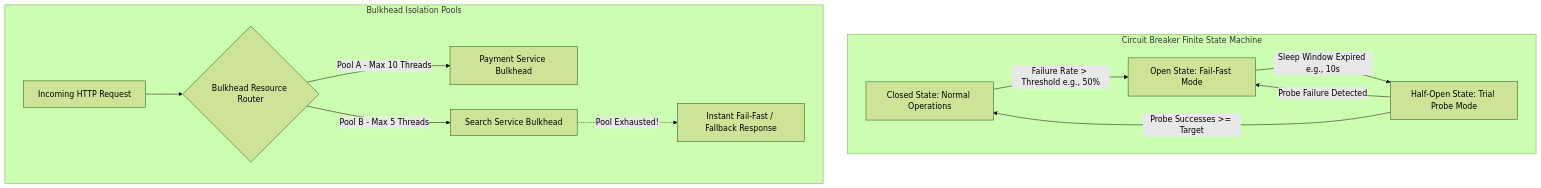
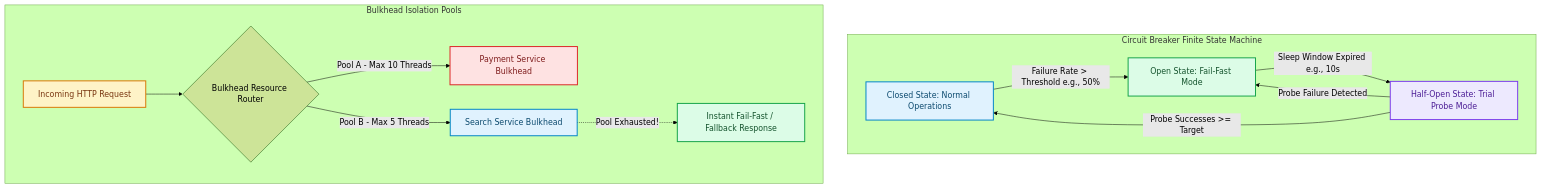
The diagram in blog/posts/resiliency-patterns-circuit-breakers-bulkheads-adaptive-rate-limiting.md (akmalkhaniub/akmalkhaniub.github.io), drawn with Mermaid (forest theme) before and after one commit. The commit also changed other lines of this file and 1291 other files, not shown here.

First line of the commit message:
feat(catalog): unique covers, scholarly references, and diagram palettes

````diff
--- a/blog/posts/resiliency-patterns-circuit-breakers-bulkheads-adaptive-rate-limiting.md
+++ b/blog/posts/resiliency-patterns-circuit-breakers-bulkheads-adaptive-rate-limiting.md
@@ -19,18 +19,29 @@
 ```mermaid
 flowchart TD
   subgraph SG1_CircuitBreakerFinite ["Circuit Breaker Finite State Machine"]
-    StateClosed[Closed State: Normal Operations] -->|Failure Rate > Threshold e.g., 50%| StateOpen[Open State: Fail-Fast Mode]
-    StateOpen -->|Sleep Window Expired e.g., 10s| StateHalfOpen[Half-Open State: Trial Probe Mode]
+    StateClosed["Closed State: Normal Operations"] -->|Failure Rate > Threshold e.g., 50%| StateOpen["Open State: Fail-Fast Mode"]
+    StateOpen -->|Sleep Window Expired e.g., 10s| StateHalfOpen["Half-Open State: Trial Probe Mode"]
     
     StateHalfOpen -->|Probe Successes >= Target| StateClosed
     StateHalfOpen -->|Probe Failure Detected| StateOpen
   end
   
   subgraph SG2_BulkheadIsolationPools ["Bulkhead Isolation Pools"]
-    ClientReq[Incoming HTTP Request] --> Router{Bulkhead Resource Router}
-    Router -->|Pool A - Max 10 Threads| PaymentPool[Payment Service Bulkhead]
-    Router -->|Pool B - Max 5 Threads| SearchPool[Search Service Bulkhead]
+    ClientReq["Incoming HTTP Request"] --> Router{Bulkhead Resource Router}
+    Router -->|Pool A - Max 10 Threads| PaymentPool["Payment Service Bulkhead"]
+    Router -->|Pool B - Max 5 Threads| SearchPool["Search Service Bulkhead"]
     
-    SearchPool -.->|Pool Exhausted!| Reject[Instant Fail-Fast / Fallback Response]
+    SearchPool -.->|Pool Exhausted!| Reject["Instant Fail-Fast / Fallback Response"]
   end
+
+classDef green fill:#dcfce7,stroke:#16a34a,stroke-width:2px,color:#14532d;
+classDef red fill:#fee2e2,stroke:#dc2626,stroke-width:2px,color:#7f1d1d;
+classDef blue fill:#e0f2fe,stroke:#0284c7,stroke-width:2px,color:#0c4a6e;
+classDef yellow fill:#fef3c7,stroke:#d97706,stroke-width:2px,color:#78350f;
+classDef purple fill:#ede9fe,stroke:#7c3aed,stroke-width:2px,color:#4c1d95;
+class StateClosed,SearchPool blue
+class StateOpen,Reject green
+class StateHalfOpen purple
+class ClientReq yellow
+class PaymentPool red
 ```
````
